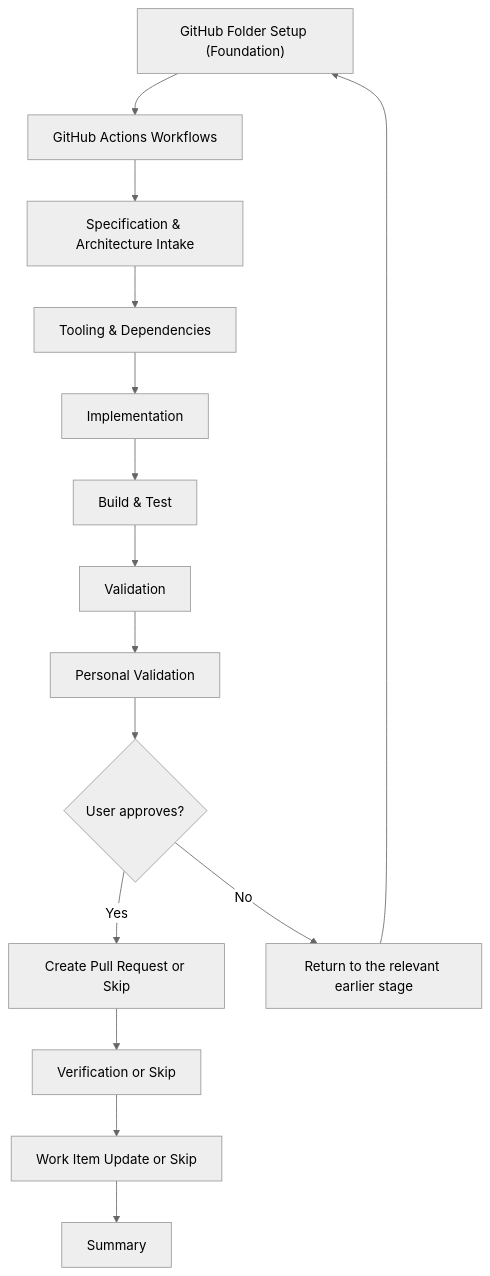
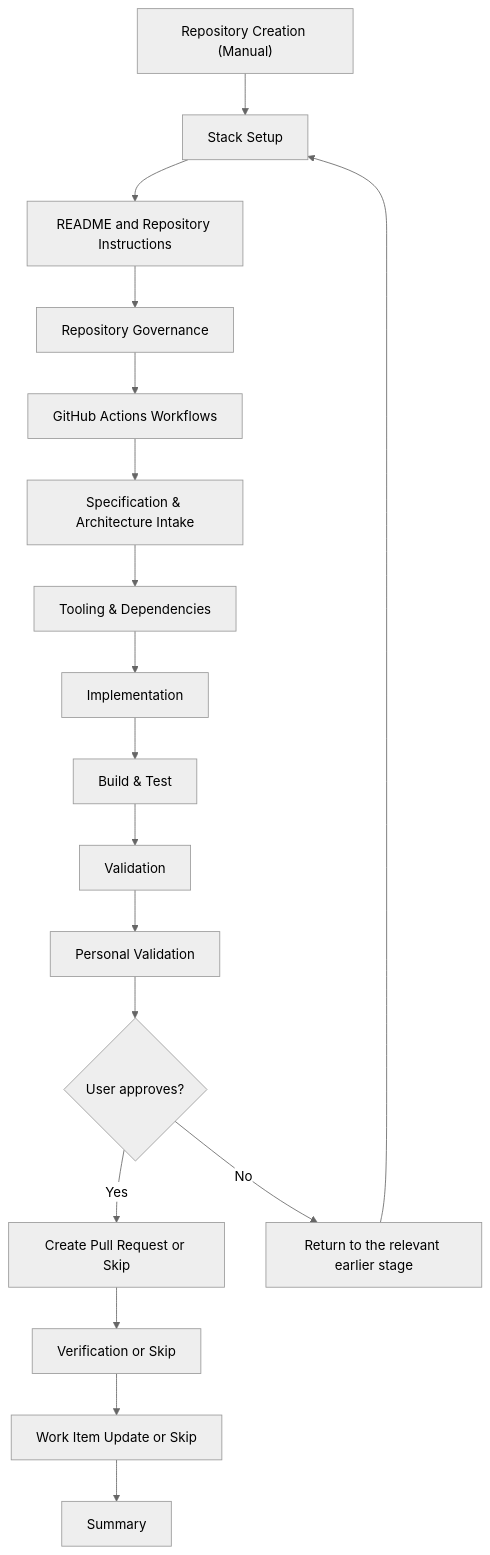
One commit to JSdotNet/devbook changed the first of 4 diagrams in plugins/delivery/FLOW-DIAGRAMS.md. Above: the diagram before and after it, drawn with Mermaid (neutral theme). The commit also changed other lines of this file and 15 other files, not shown here.

First line of the commit message:
Fold flow-repo into flow-project

````diff
--- a/plugins/delivery/FLOW-DIAGRAMS.md
+++ b/plugins/delivery/FLOW-DIAGRAMS.md
@@ -50,17 +17,20 @@
 ```mermaid
 flowchart TD
-    A["GitHub Folder Setup (Foundation)"] --> B["GitHub Actions Workflows"]
+    A["Repository Creation (Manual)"] --> S["Stack Setup"]
+    S --> R["README and Repository Instructions"]
+    R --> GV["Repository Governance"]
+    GV --> B["GitHub Actions Workflows"]
     B --> C["Specification & Architecture Intake"]
     C --> D["Tooling & Dependencies"]
     D --> E["Implementation"]
     E --> F["Build & Test"]
     F --> G["Validation"]
     G --> H["Personal Validation"]
     H --> I{User approves?}
     I -->|Yes| J["Create Pull Request or Skip"]
     I -->|No| K["Return to the relevant earlier stage"]
-    K --> A
+    K --> S
     J --> DU["Verification or Skip"]
     DU --> U["Work Item Update or Skip"]
     U --> L["Summary"]
 ```
````
